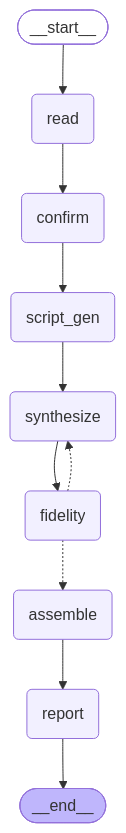
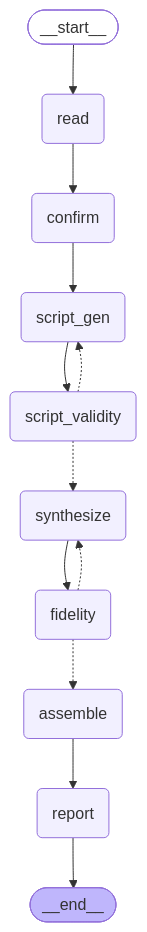
One commit to garciadias/audify changed the diagram in docs/graph.md. Above: the diagram before and after it, drawn with Mermaid. The commit also changed other lines of this file, not shown here.

Commit message:
fix(ci): regenerate docs/graph.md for cycle-2 topology

````diff
--- a/docs/graph.md
+++ b/docs/graph.md
@@ -5,25 +5,28 @@
 ```mermaid
 graph TD;
 	__start__([<p>__start__</p>]):::first
 	read(read)
 	confirm(confirm)
 	script_gen(script_gen)
+	script_validity(script_validity)
 	synthesize(synthesize)
 	fidelity(fidelity)
 	assemble(assemble)
 	report(report)
 	__end__([<p>__end__</p>]):::last
 	__start__ --> read;
 	assemble --> report;
 	confirm --> script_gen;
 	fidelity -.-> assemble;
 	fidelity -.-> synthesize;
 	read --> confirm;
-	script_gen --> synthesize;
+	script_gen --> script_validity;
+	script_validity -.-> script_gen;
+	script_validity -.-> synthesize;
 	synthesize --> fidelity;
 	report --> __end__;
 	classDef default fill:#f2f0ff,line-height:1.2
 	classDef first fill-opacity:0
 	classDef last fill:#bfb6fc
 
 ```
````
